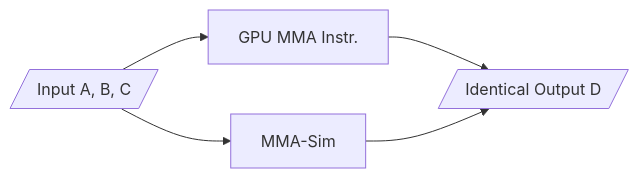
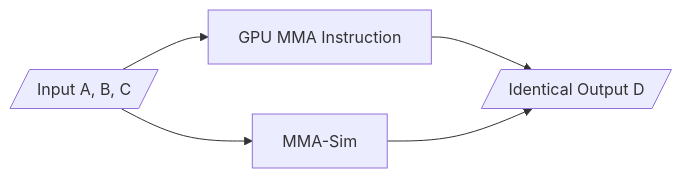
Before and after one commit to microsoft/MMA-Sim: the diagram in README.md, drawn with Mermaid. The commit also changed other lines of this file, not shown here.

````diff
--- a/README.md
+++ b/README.md
@@ -5,11 +5,11 @@
 ```mermaid
 flowchart LR;
     In[/Input A, B, C/]
-    GPU[GPU MMA Instr.]
+    GPU[GPU MMA Instruction]
     Sim[MMA-Sim]
     Out[/Identical Output D/]
     In-->GPU;
     In-->Sim;
     GPU-->Out;
     Sim-->Out;
 ```
````
